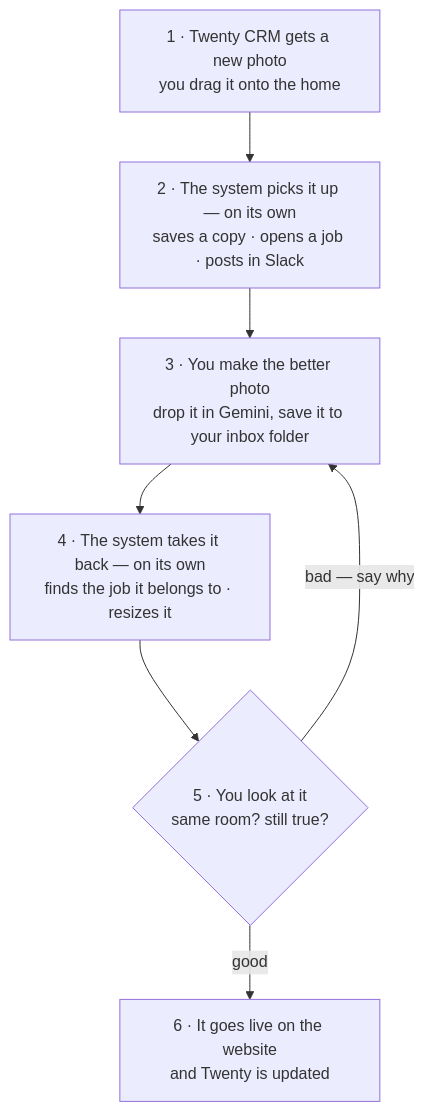
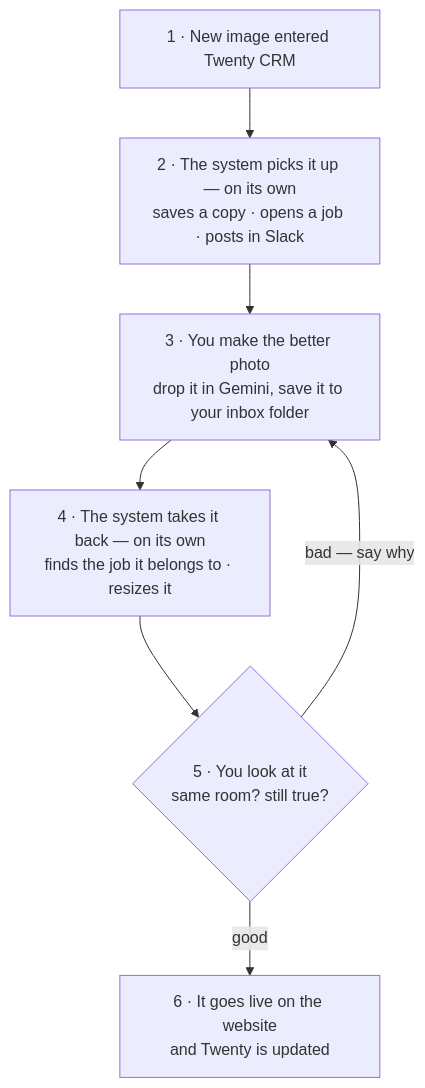
One commit to databayt/kun changed the diagram in content/docs/master.mdx. Above: the diagram before and after it, drawn with Mermaid.

Commit message:
docs(master): open the loop on the event, not the gesture
Step 1 described the operator dragging the photo in. But the loop starts
whenever a new image lands in Twenty, however it got there — a drag today,
a webhook or a host upload later. Name the event.

Claude-Session: https://claude.ai/code/session_01XPgYaA1WYUkr23EjuTmUUM

````diff
--- a/content/docs/master.mdx
+++ b/content/docs/master.mdx
@@ -29,12 +29,12 @@
 ```mermaid
 graph TD
-    A["1 · Twenty CRM gets a new photo<br/>you drag it onto the home"]
+    A["1 · New image entered Twenty CRM"]
     B["2 · The system picks it up — on its own<br/>saves a copy · opens a job · posts in Slack"]
     C["3 · You make the better photo<br/>drop it in Gemini, save it to your inbox folder"]
     D["4 · The system takes it back — on its own<br/>finds the job it belongs to · resizes it"]
     E{"5 · You look at it<br/>same room? still true?"}
     F["6 · It goes live on the website<br/>and Twenty is updated"]
     A --> B --> C --> D --> E
     E -->|"good"| F
     E -->|"bad — say why"| C
 ```
````
